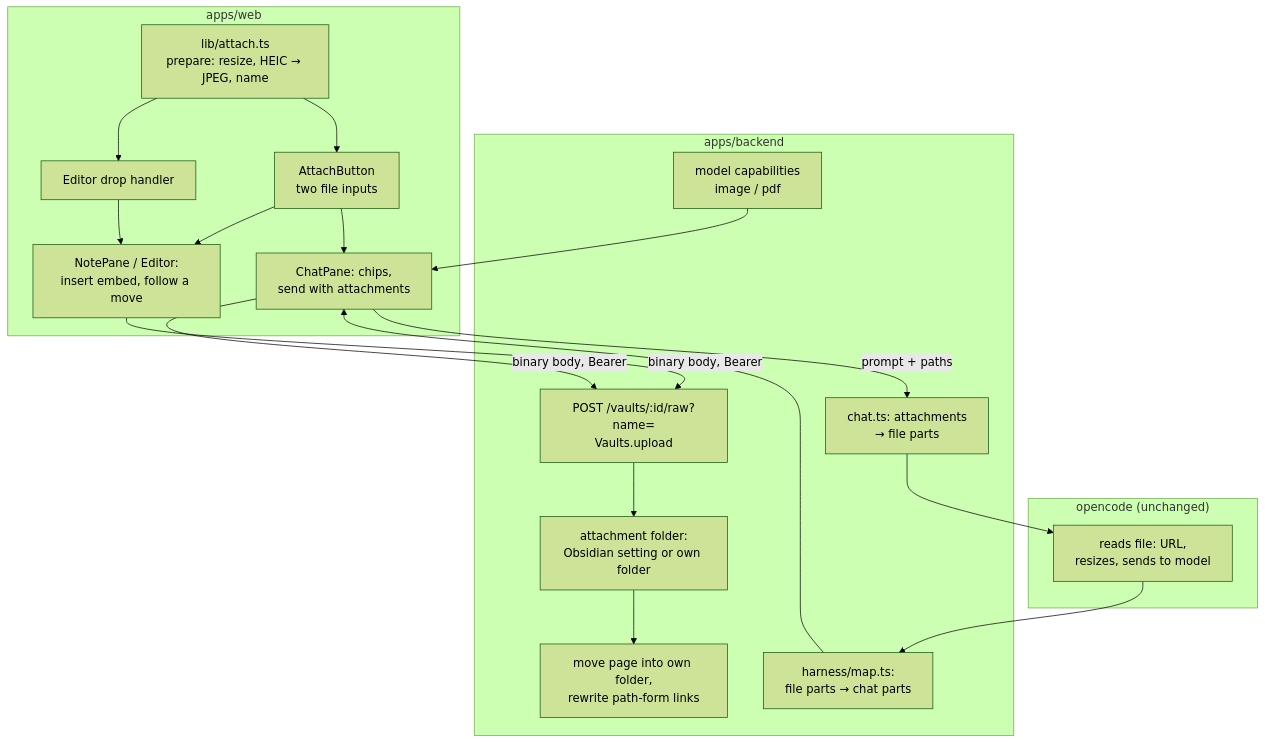
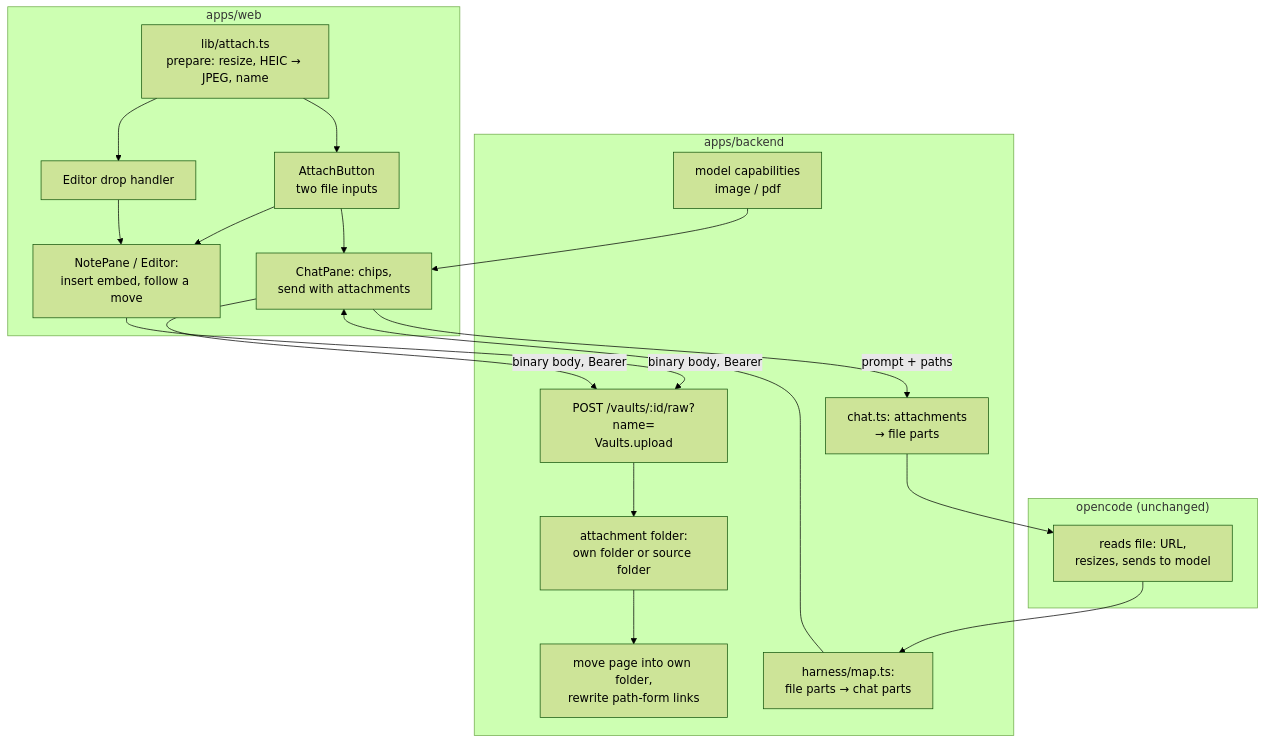
The second of 2 diagrams in specs/changes/attachments/proposal.md (tillg/karpathy.app), drawn with Mermaid (forest theme) before and after one commit. The commit also changed other lines of this file and 3 other files, not shown here.

````diff
--- a/specs/changes/attachments/proposal.md
+++ b/specs/changes/attachments/proposal.md
@@ -193,29 +193,29 @@
 ```mermaid
 flowchart TB
     subgraph web["apps/web"]
       ATT[lib/attach.ts<br/>prepare: resize, HEIC → JPEG, name]
       AB[AttachButton<br/>two file inputs]
       DD[Editor drop handler]
       NP[NotePane / Editor:<br/>insert embed, follow a move]
       CP[ChatPane: chips,<br/>send with attachments]
     end
     subgraph backend["apps/backend"]
       UP["POST /vaults/:id/raw?name=<br/>Vaults.upload"]
-      AF[attachment folder:<br/>Obsidian setting or own folder]
+      AF[attachment folder:<br/>own folder or source folder]
       MV[move page into own folder,<br/>rewrite path-form links]
       CH[chat.ts: attachments<br/>→ file parts]
       MAP[harness/map.ts:<br/>file parts → chat parts]
       CAP[model capabilities<br/>image / pdf]
     end
     subgraph oc["opencode (unchanged)"]
       OC[reads file: URL,<br/>resizes, sends to model]
     end
     ATT --> AB & DD
     AB --> NP & CP
     DD --> NP
     NP & CP -->|binary body, Bearer| UP
     UP --> AF --> MV
     CP -->|prompt + paths| CH --> OC
     OC --> MAP --> CP
     CAP --> CP
 ```
````
